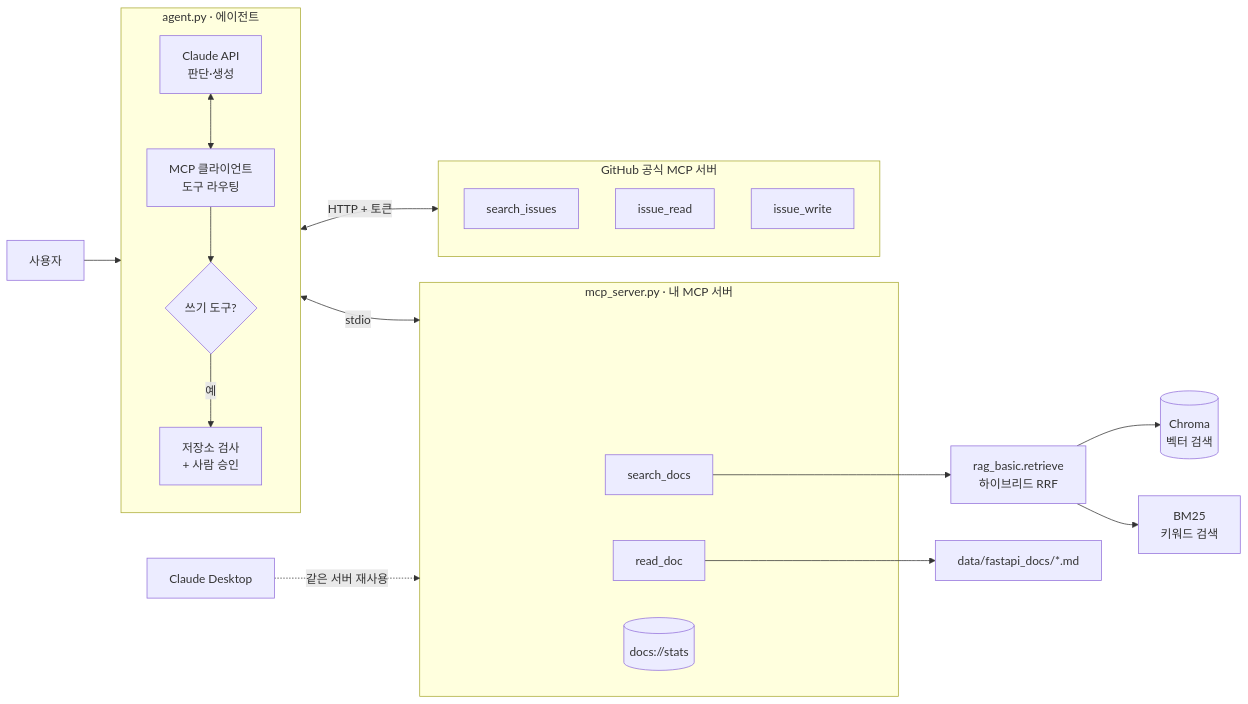
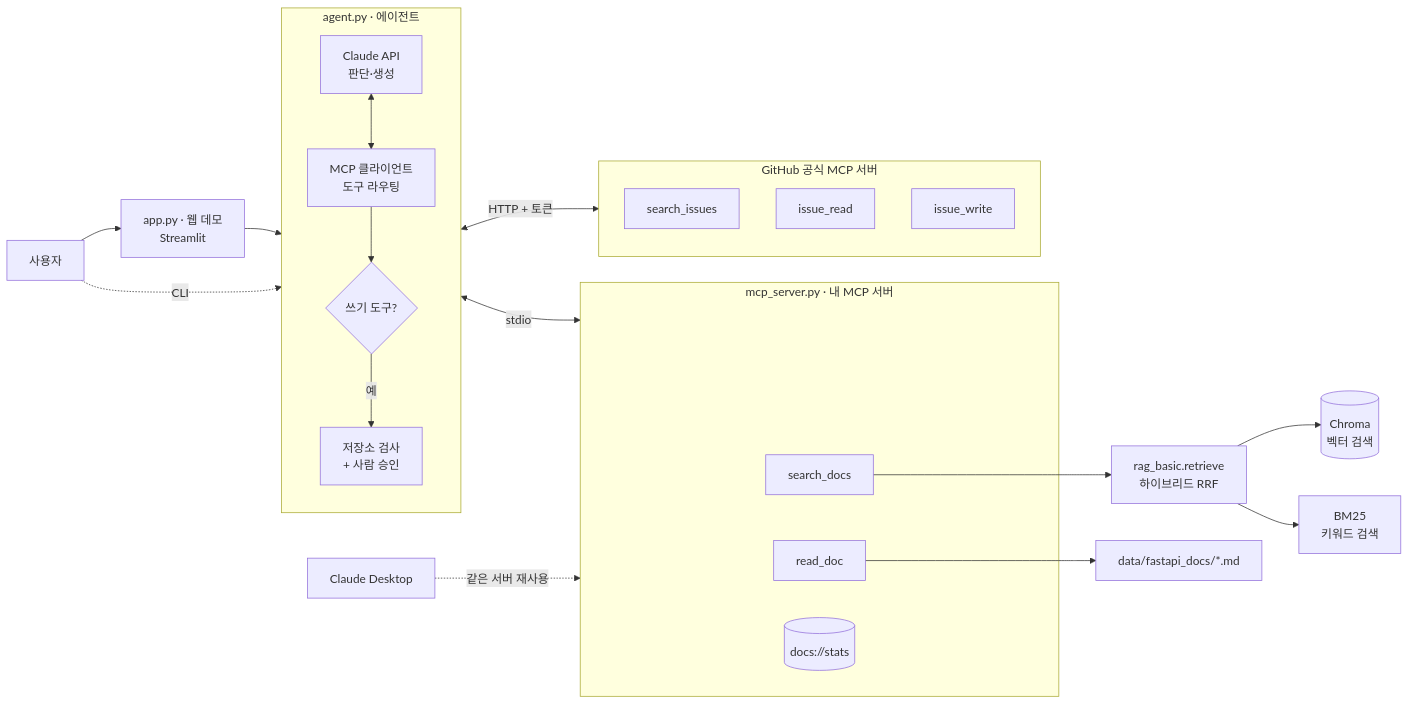
The diagram in README.md (EpenSia/devdocs-rag-agent), drawn with Mermaid before and after one commit. The commit also changed other lines of this file, not shown here.

Commit message:
7단계: 공개 웹 데모 (Streamlit), 데모 모드 안전장치, 배포 환경 검증

````diff
--- a/README.md
+++ b/README.md
@@ -38,33 +53,35 @@
 ```mermaid
 flowchart LR
-    U[사용자] --> A
+    U[사용자] --> W[app.py · 웹 데모<br/>Streamlit]
+    U -. CLI .-> A
+    W --> A
 
     subgraph A[agent.py · 에이전트]
         direction TB
         L[Claude API<br/>판단·생성] <--> C[MCP 클라이언트<br/>도구 라우팅]
         C --> G{쓰기 도구?}
         G -- 예 --> H[저장소 검사<br/>+ 사람 승인]
     end
 
     C <-- "stdio" --> S
     C <-- "HTTP + 토큰" --> GH
 
     subgraph S[mcp_server.py · 내 MCP 서버]
         T1[search_docs]
         T2[read_doc]
         R1[(docs://stats)]
     end
 
     subgraph GH[GitHub 공식 MCP 서버]
         G1[search_issues]
         G2[issue_read]
         G3[issue_write]
     end
 
     T1 --> RB[rag_basic.retrieve<br/>하이브리드 RRF]
     RB --> DB[(Chroma<br/>벡터 검색)]
     RB --> BM[BM25<br/>키워드 검색]
     T2 --> F[data/fastapi_docs/*.md]
 
     CD[Claude Desktop] -. 같은 서버 재사용 .-> S
 ```
````
